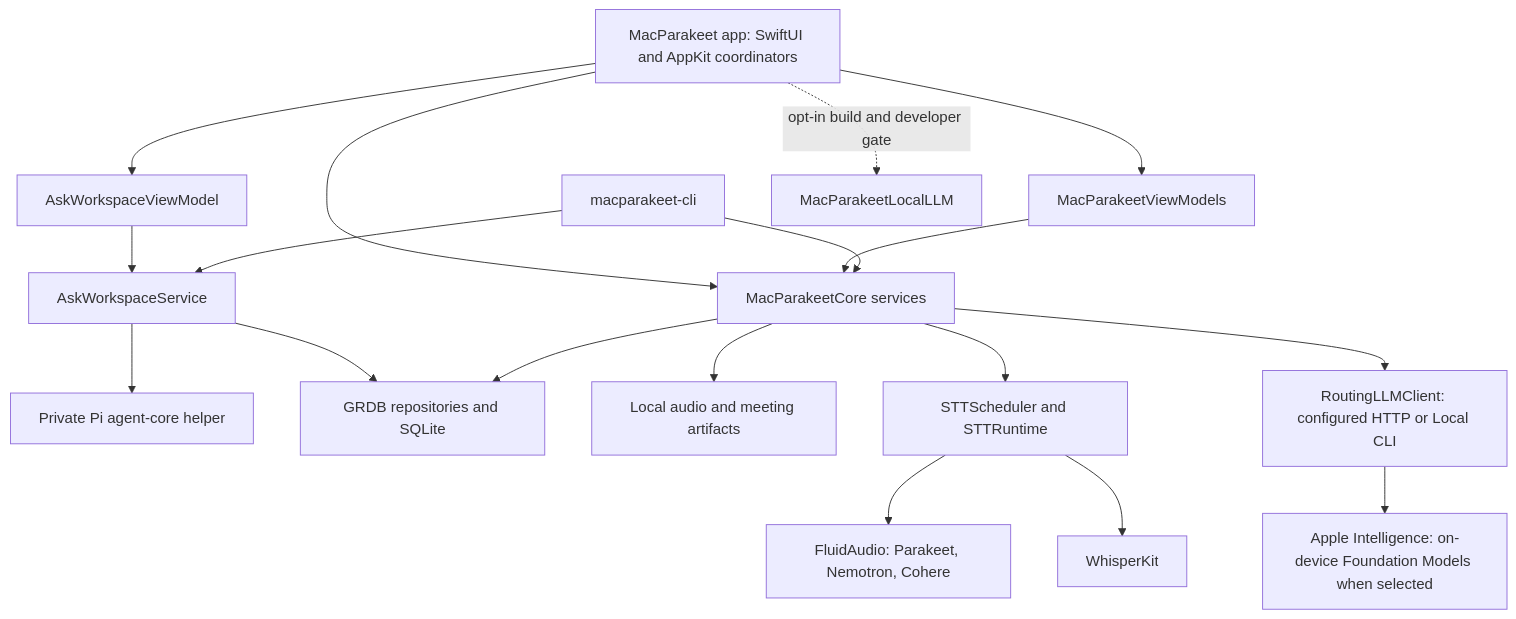
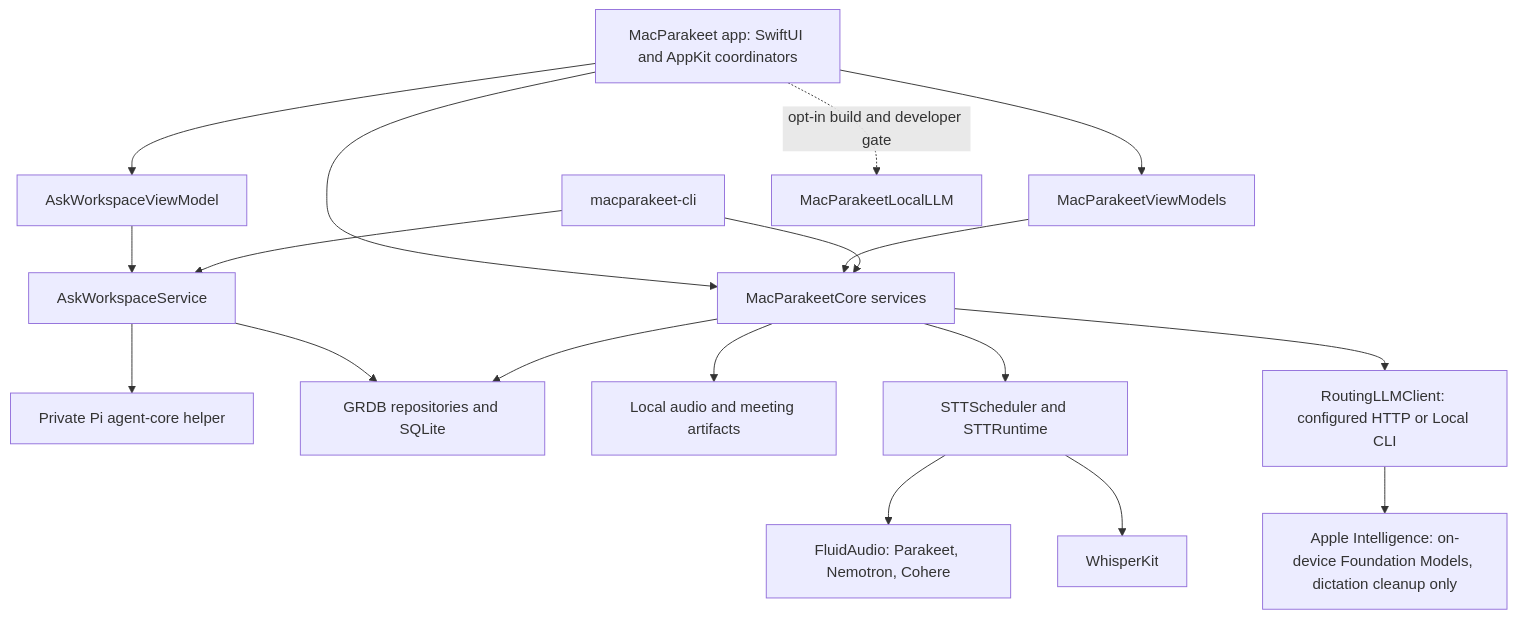
Before and after one commit to moona3k/macparakeet: the first of 3 diagrams in spec/03-architecture.md, drawn with Mermaid. The commit also changed 7 other files, not shown here.

Commit message:
no-mistakes(review): Restore README download links, scope Apple Intelligence to cleanup, refresh audit receipts

````diff
--- a/spec/03-architecture.md
+++ b/spec/03-architecture.md
@@ -15,20 +15,20 @@
 ```mermaid
 flowchart TD
     App[MacParakeet app: SwiftUI and AppKit coordinators] --> VM[MacParakeetViewModels]
     App --> Core[MacParakeetCore services]
     VM --> Core
     CLI[macparakeet-cli] --> Core
     App --> AskVM[AskWorkspaceViewModel]
     AskVM --> Ask[AskWorkspaceService]
     CLI --> Ask
     Ask --> Pi[Private Pi agent-core helper]
     Ask --> DB
     Core --> DB[GRDB repositories and SQLite]
     Core --> Files[Local audio and meeting artifacts]
     Core --> Speech[STTScheduler and STTRuntime]
     Speech --> Fluid[FluidAudio: Parakeet, Nemotron, Cohere]
     Speech --> Whisper[WhisperKit]
     Core --> AI[RoutingLLMClient: configured HTTP or Local CLI]
-    AI --> AppleAI[Apple Intelligence: on-device Foundation Models when selected]
+    AI --> AppleAI[Apple Intelligence: on-device Foundation Models, dictation cleanup only]
     App -. opt-in build and developer gate .-> MLX[MacParakeetLocalLLM]
 ```
````
